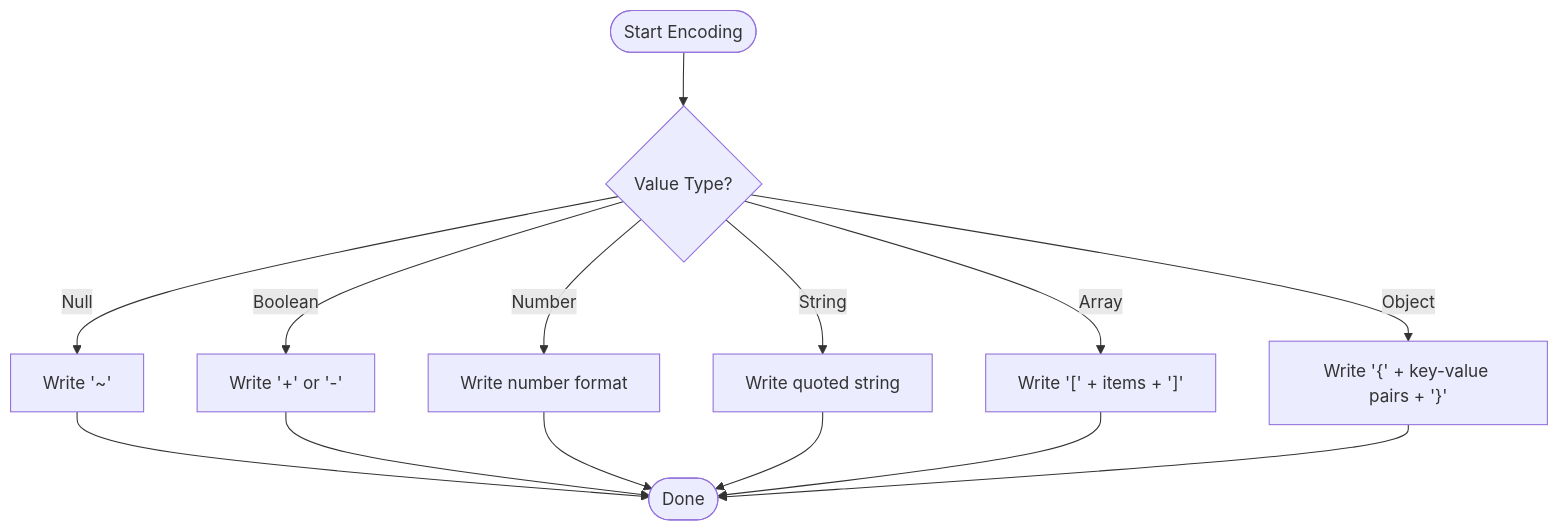
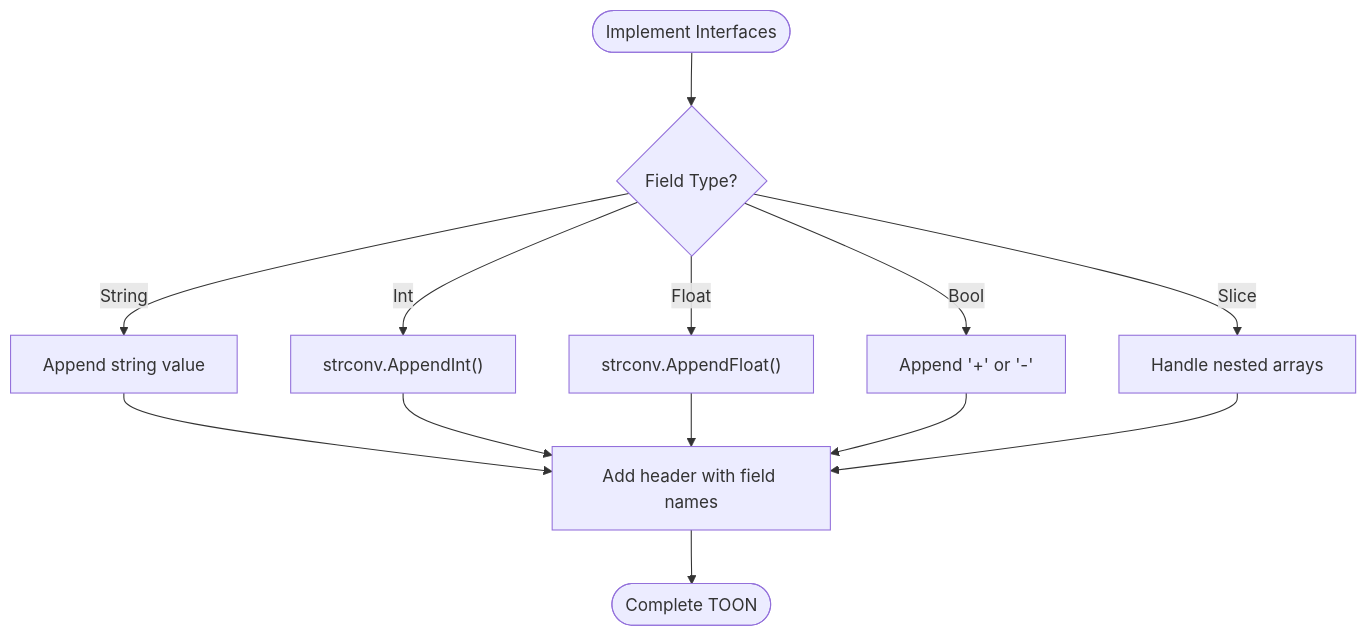
One commit to OTumanov/go-toon changed the fifth of 8 diagrams in .qoder/repowiki/en/content/Getting Started.md. Above: the diagram before and after it, drawn with Mermaid. The commit also changed other lines of this file and 11 other files, not shown here.

First line of the commit message:
feat: add Pre-flight Schema + Token Calculator to toongen

````diff
--- a/.qoder/repowiki/en/content/Getting Started.md
+++ b/.qoder/repowiki/en/content/Getting Started.md
@@ -184,16 +208,15 @@
 ```mermaid
 flowchart TD
-Start([Start Encoding]) --> CheckType{"Value Type?"}
-CheckType --> |Null| WriteNull["Write '~'"]
-CheckType --> |Boolean| WriteBool["Write '+' or '-'"]
-CheckType --> |Number| WriteNum["Write number format"]
-CheckType --> |String| WriteStr["Write quoted string"]
-CheckType --> |Array| WriteArr["Write '[' + items + ']'"]
-CheckType --> |Object| WriteObj["Write '{' + key-value pairs + '}'"]
-WriteNull --> End([Done])
-WriteBool --> End
-WriteNum --> End
-WriteStr --> End
-WriteArr --> End
-WriteObj --> End
+Start([Implement Interfaces]) --> CheckType{"Field Type?"}
+CheckType --> |String| WriteString["Append string value"]
+CheckType --> |Int| WriteInt["strconv.AppendInt()"]
+CheckType --> |Float| WriteFloat["strconv.AppendFloat()"]
+CheckType --> |Bool| WriteBool["Append '+' or '-'"]
+CheckType --> |Slice| WriteSlice["Handle nested arrays"]
+WriteString --> Header["Add header with field names"]
+WriteInt --> Header
+WriteFloat --> Header
+WriteBool --> Header
+WriteSlice --> Header
+Header --> End([Complete TOON])
 ```
````
